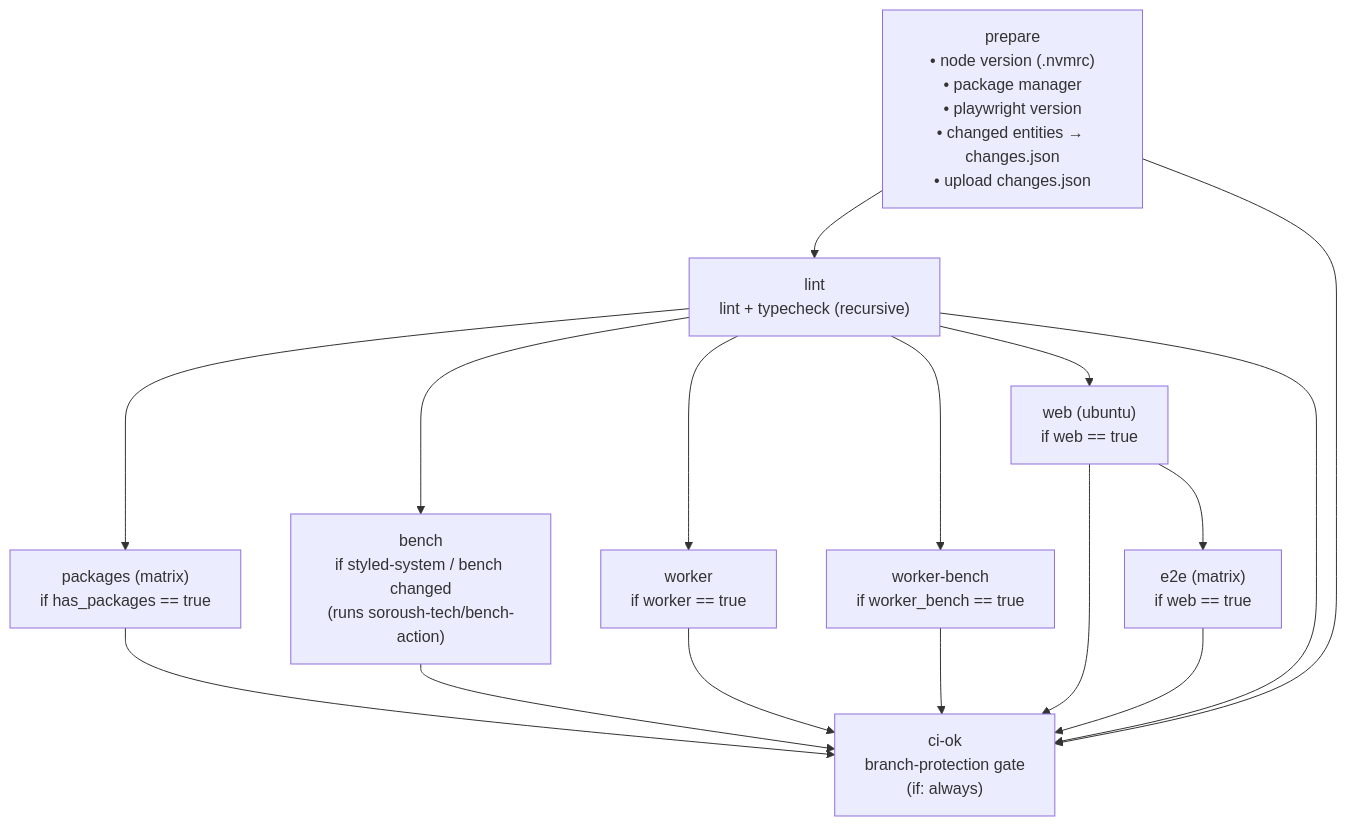
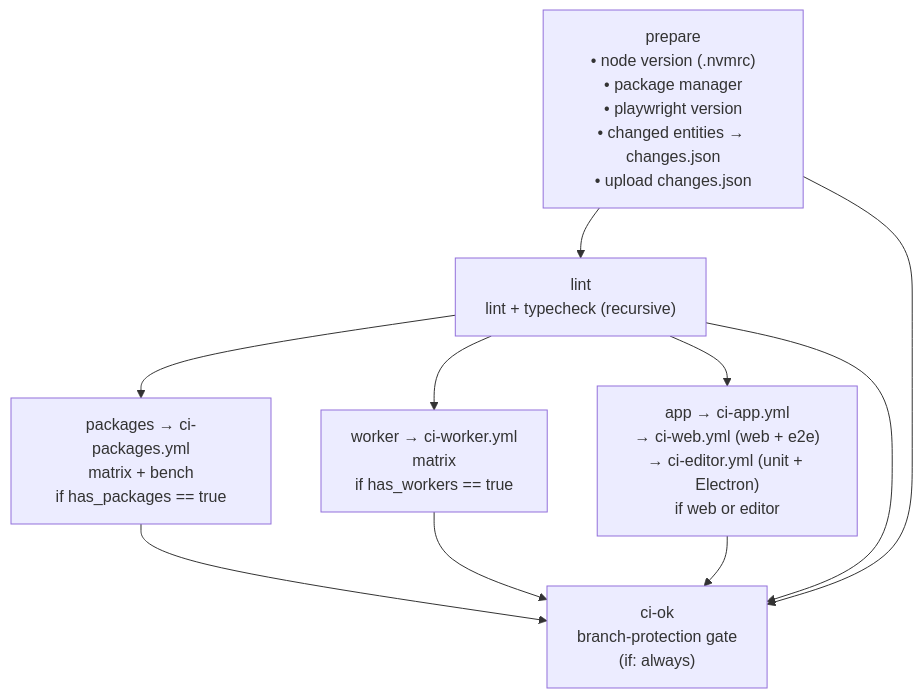
The second of 6 diagrams in .github/workflows/README.md (soroush-tech/core), drawn with Mermaid before and after one commit. The commit also changed other lines of this file and 21 other files, not shown here.

````diff
--- a/.github/workflows/README.md
+++ b/.github/workflows/README.md
@@ -64,28 +69,19 @@
 ```mermaid
 flowchart TD
     prepare["prepare<br/>• node version (.nvmrc)<br/>• package manager<br/>• playwright version<br/>• changed entities → changes.json<br/>• upload changes.json"]
     lint["lint<br/>lint + typecheck (recursive)"]
-    packages["packages (matrix)<br/>if has_packages == true"]
-    bench["bench<br/>if styled-system / bench changed<br/>(runs soroush-tech/bench-action)"]
-    worker["worker<br/>if worker == true"]
-    workerbench["worker-bench<br/>if worker_bench == true"]
-    web["web (ubuntu)<br/>if web == true"]
-    e2e["e2e (matrix)<br/>if web == true"]
+    packages["packages → ci-packages.yml<br/>matrix + bench<br/>if has_packages == true"]
+    worker["worker → ci-worker.yml<br/>matrix<br/>if has_workers == true"]
+    app["app → ci-app.yml<br/>→ ci-web.yml (web + e2e)<br/>→ ci-editor.yml (unit + Electron)<br/>if web or editor"]
     ciok["ci-ok<br/>branch-protection gate<br/>(if: always)"]
 
     prepare --> lint
     lint --> packages
-    lint --> bench
     lint --> worker
-    lint --> workerbench
-    lint --> web
-    web --> e2e
+    lint --> app
     packages --> ciok
-    bench --> ciok
     worker --> ciok
-    workerbench --> ciok
-    web --> ciok
-    e2e --> ciok
+    app --> ciok
     lint --> ciok
     prepare --> ciok
 ```
````
